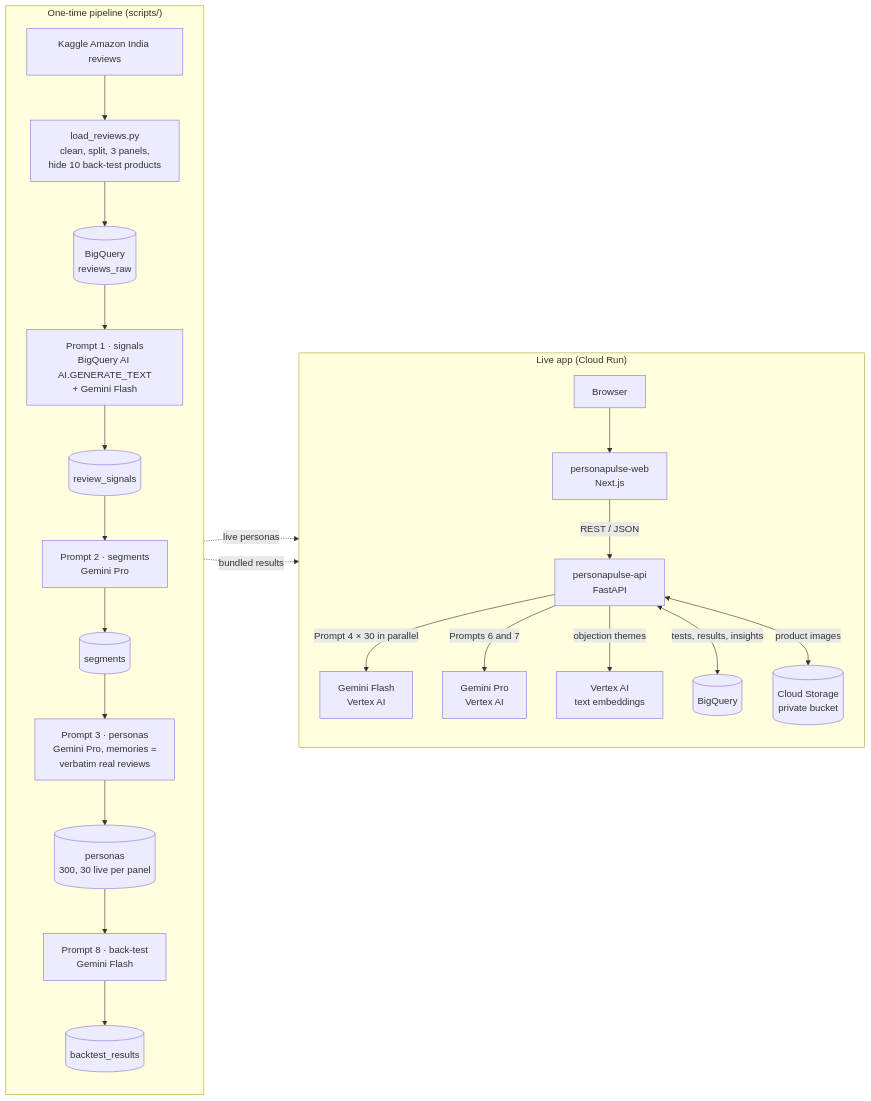
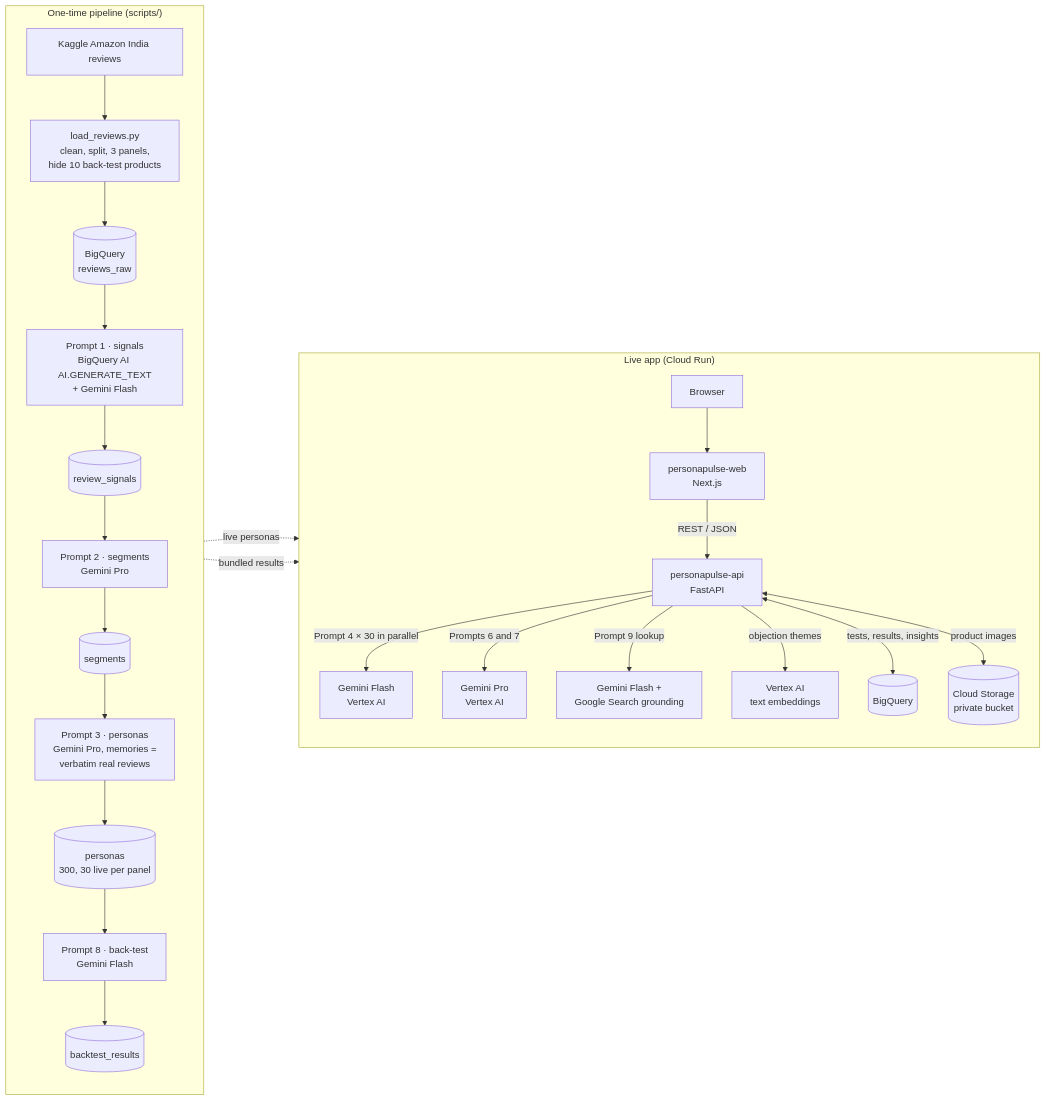
Before and after one commit to vipin-softway/PersonaPulse: the diagram in docs/architecture.md, drawn with Mermaid. The commit also changed other lines of this file and 14 other files, not shown here.

Commit message:
Fill from the web (Prompt 9: Gemini + Google Search grounding), panel price-range warning, laptop/phone keywords

````diff
--- a/docs/architecture.md
+++ b/docs/architecture.md
@@ -6,30 +6,31 @@
 ```mermaid
 flowchart LR
   subgraph PIPE["One-time pipeline (scripts/)"]
     direction TB
     K["Kaggle Amazon India reviews"] --> L["load_reviews.py<br/>clean, split, 3 panels,<br/>hide 10 back-test products"]
     L --> RR[("BigQuery<br/>reviews_raw")]
     RR --> P1["Prompt 1 · signals<br/>BigQuery AI AI.GENERATE_TEXT<br/>+ Gemini Flash"]
     P1 --> RS[("review_signals")]
     RS --> P2["Prompt 2 · segments<br/>Gemini Pro"]
     P2 --> SG[("segments")]
     SG --> P3["Prompt 3 · personas<br/>Gemini Pro, memories =<br/>verbatim real reviews"]
     P3 --> PE[("personas<br/>300, 30 live per panel")]
     PE --> P8["Prompt 8 · back-test<br/>Gemini Flash"]
     P8 --> BT[("backtest_results")]
   end
 
   subgraph LIVE["Live app (Cloud Run)"]
     direction TB
     U["Browser"] --> W["personapulse-web<br/>Next.js"]
     W -->|"REST / JSON"| A["personapulse-api<br/>FastAPI"]
     A -->|"Prompt 4 × 30 in parallel"| GF["Gemini Flash<br/>Vertex AI"]
     A -->|"Prompts 6 and 7"| GP["Gemini Pro<br/>Vertex AI"]
+    A -->|"Prompt 9 lookup"| GS["Gemini Flash +<br/>Google Search grounding"]
     A -->|"objection themes"| EM["Vertex AI<br/>text embeddings"]
     A <-->|"tests, results, insights"| BQ[("BigQuery")]
     A <-->|"product images"| GCS[("Cloud Storage<br/>private bucket")]
   end
 
   PE -. "live personas" .-> A
   BT -. "bundled results" .-> A
 ```
````
